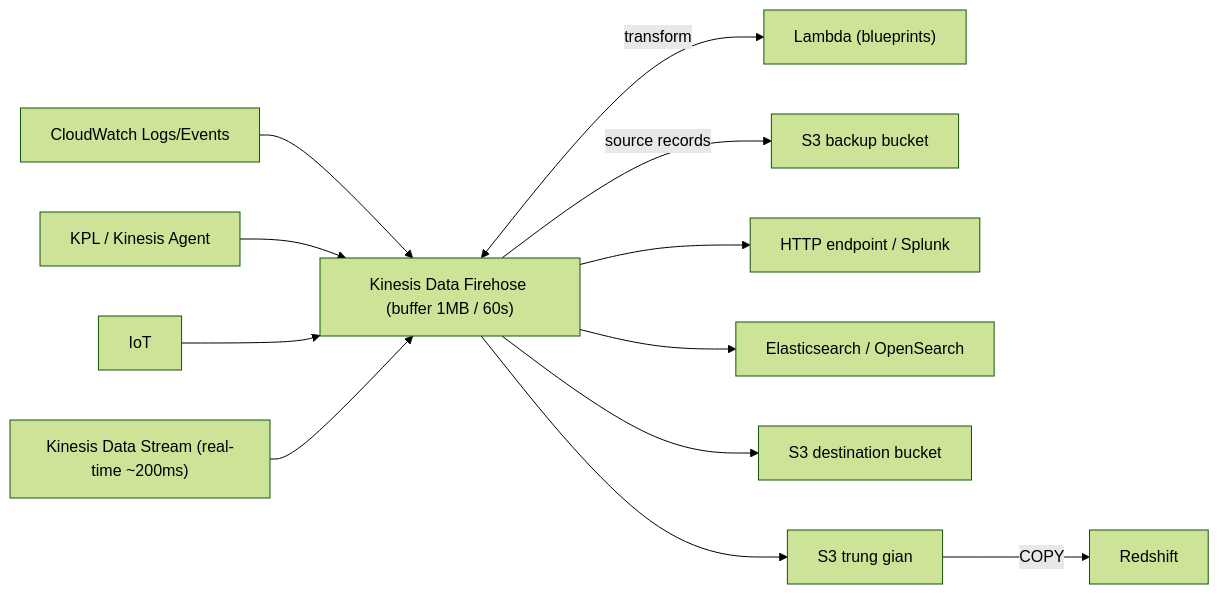
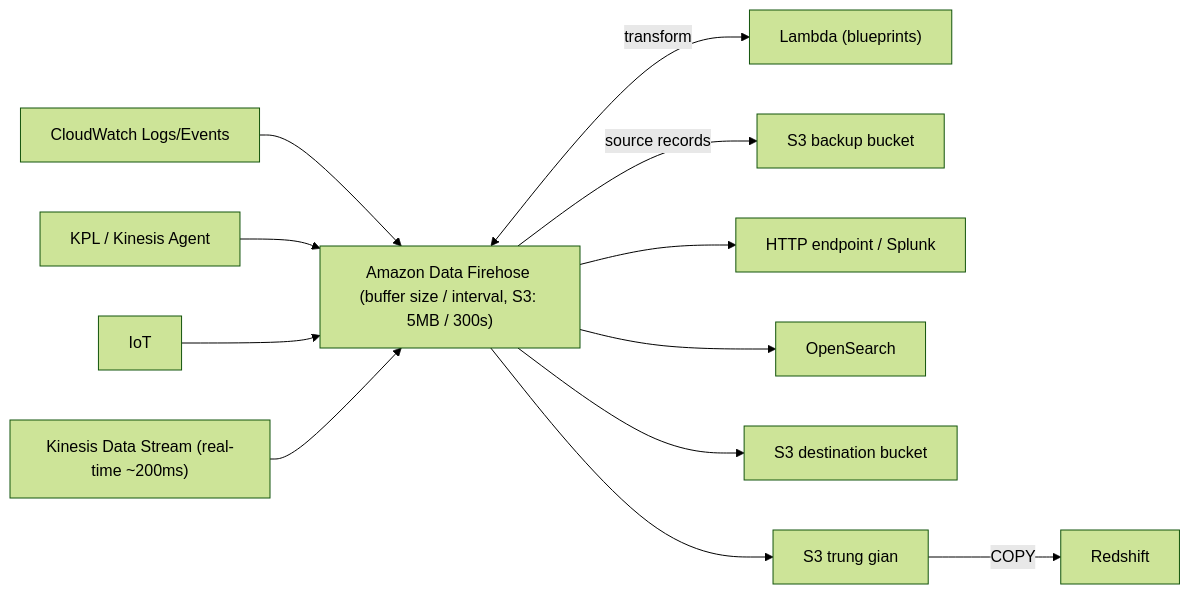
One commit to hairbui76/aws-saa-c03 changed the diagram in data/14 Serverless and Application Services/Kinesis Data Firehose.md. Above: the diagram before and after it, drawn with Mermaid (forest theme). The commit also changed other lines of this file and 84 other files, not shown here.

````diff
--- a/data/14 Serverless and Application Services/Kinesis Data Firehose.md
+++ b/data/14 Serverless and Application Services/Kinesis Data Firehose.md
@@ -42,13 +46,13 @@
 ```mermaid
 flowchart LR
     CW["CloudWatch Logs/Events"] --> FH
     KPL["KPL / Kinesis Agent"] --> FH
     IoT["IoT"] --> FH
-    KDS["Kinesis Data Stream (real-time ~200ms)"] --> FH["Kinesis Data Firehose (buffer 1MB / 60s)"]
+    KDS["Kinesis Data Stream (real-time ~200ms)"] --> FH["Amazon Data Firehose (buffer size / interval, S3: 5MB / 300s)"]
     FH <-->|"transform"| L["Lambda (blueprints)"]
     FH -->|"source records"| BK["S3 backup bucket"]
     FH --> HTTP["HTTP endpoint / Splunk"]
-    FH --> ES["Elasticsearch / OpenSearch"]
+    FH --> ES["OpenSearch"]
     FH --> S3d["S3 destination bucket"]
     FH --> S3i["S3 trung gian"] -->|"COPY"| RS["Redshift"]
 ```
````
